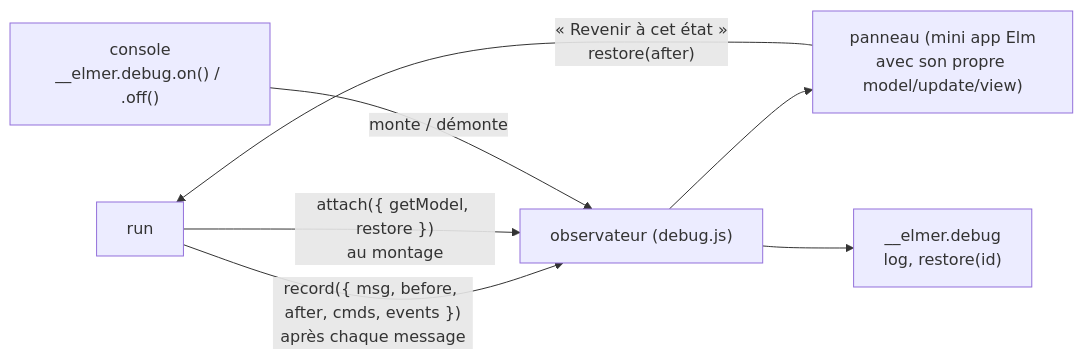
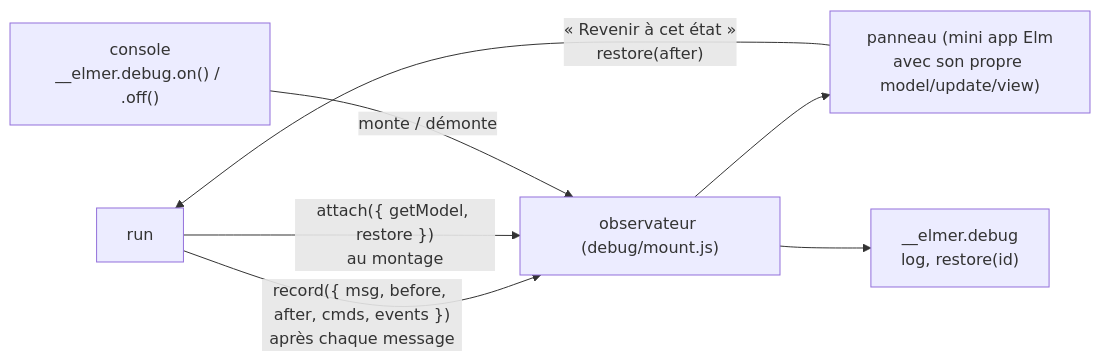
One commit to devsigner/aikido-trainer changed the fourth of 4 diagrams in framework/elmer/README.md. Above: the diagram before and after it, drawn with Mermaid. The commit also changed other lines of this file and 11 other files, not shown here.

Commit message:
elmer: debug.js split into debug/{mount,panel,inspect,style}.js (v.92)

````diff
--- a/framework/elmer/README.md
+++ b/framework/elmer/README.md
@@ -119,9 +122,9 @@
 ```mermaid
 flowchart LR
-    RUN["run"] -- "record({ msg, before, after, cmds, events })<br/>après chaque message" --> DBG["observateur (debug.js)"]
+    RUN["run"] -- "record({ msg, before, after, cmds, events })<br/>après chaque message" --> DBG["observateur (debug/mount.js)"]
     RUN -- "attach({ getModel, restore })<br/>au montage" --> DBG
     CON["console<br/>__elmer.debug.on() / .off()"] -- "monte / démonte" --> DBG
     DBG --> P["panneau (mini app Elm<br/>avec son propre model/update/view)"]
     P -- "« Revenir à cet état »<br/>restore(after)" --> RUN
     DBG --> W["__elmer.debug<br/>log, restore(id)"]
 ```
````
